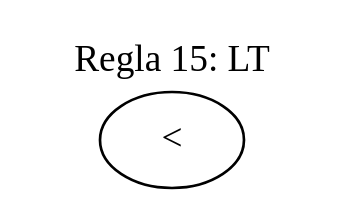
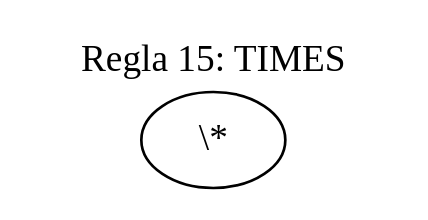
One commit to Isabella1911/Compis changed the diagram in output/ast_regla_15.dot. Above: the diagram before and after it, drawn with Graphviz. The commit also changed 28 other files, not shown here.

```diff
--- a/output/ast_regla_15.dot
+++ b/output/ast_regla_15.dot
@@ -1,8 +1,8 @@
 digraph AST {
   rankdir=TB;
   ranksep=0.8;
   labelloc=t;
-  label="Regla 15: LT";
+  label="Regla 15: TIMES";
   fontsize=14;
-  0 [label="<"];
+  0 [label="\\*"];
 }
```
